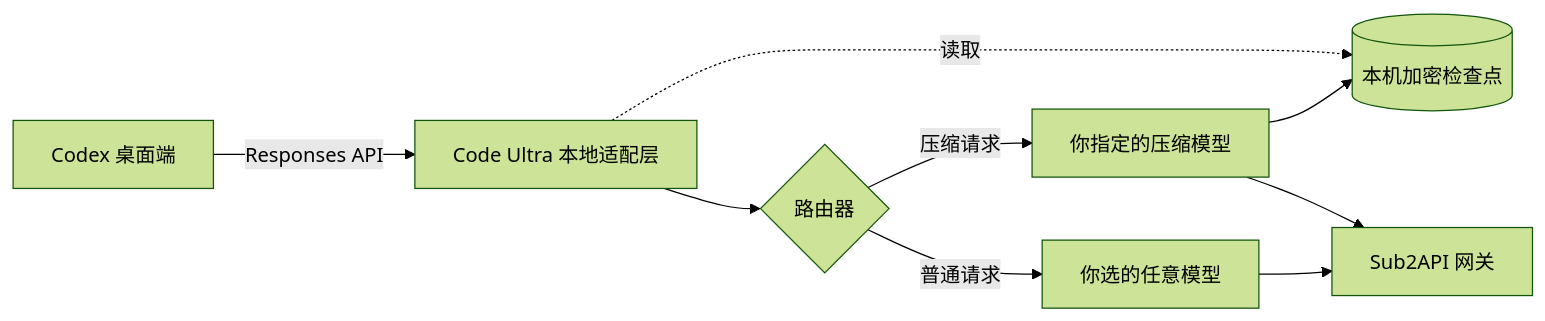
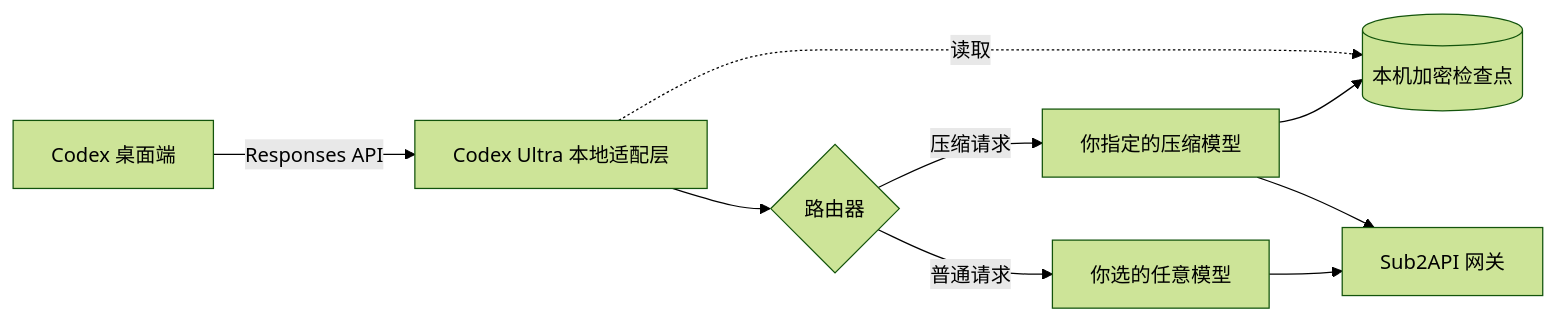
Before and after one commit to noonwake-ai/codex-ultra: the diagram in README.md, drawn with Mermaid (forest theme). The commit also changed other lines of this file and 12 other files, not shown here.

First line of the commit message:
refactor: rename the project to Codex Ultra

````diff
--- a/README.md
+++ b/README.md
@@ -143,11 +143,11 @@
 ```mermaid
 flowchart LR
-    A[Codex 桌面端] -->|Responses API| B[Code Ultra 本地适配层]
+    A[Codex 桌面端] -->|Responses API| B[Codex Ultra 本地适配层]
     B --> C{路由器}
     C -->|压缩请求| D[你指定的压缩模型]
     C -->|普通请求| E[你选的任意模型]
     D --> F[(本机加密检查点)]
     B -.读取.-> F
     E --> G[Sub2API 网关]
     D --> G
 ```
````
